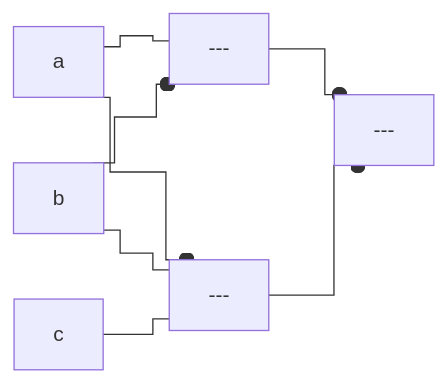
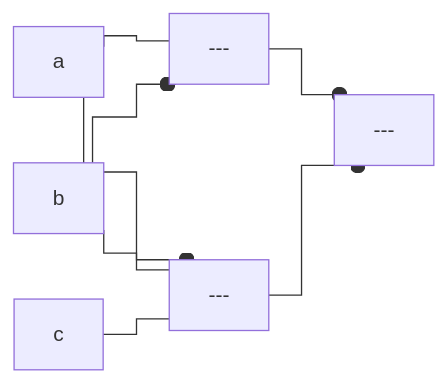
One commit to tnichols217/notes changed the diagram in CSDS 281 - Logic Design/HW/4.md. Above: the diagram before and after it, drawn with Mermaid.

Commit message:
vault backup: 2024-02-22 22:58:14

````diff
--- a/CSDS 281 - Logic Design/HW/4.md
+++ b/CSDS 281 - Logic Design/HW/4.md
@@ -83,9 +83,9 @@
 ```mermaid
-%%{ init: { 'flowchart': { 'curve': 'step' } } }%%
+%%{ init: { 'flowchart': { 'curve': 'stepBefore' } } }%%
 flowchart LR
 a --- nor1[---]
 b --o nor1
 a --o nor2[---]
 b & c --- nor2
 nor1 & nor2 --o nor3[---]
 ```
````
